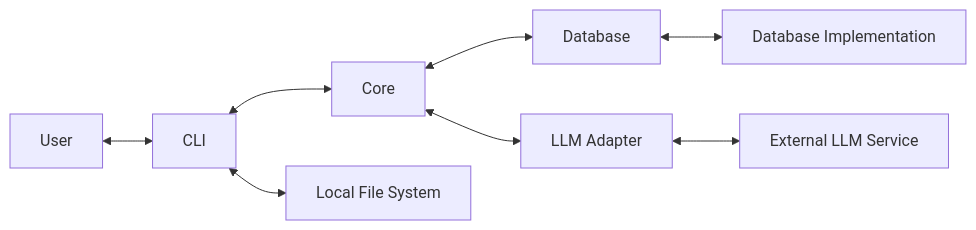
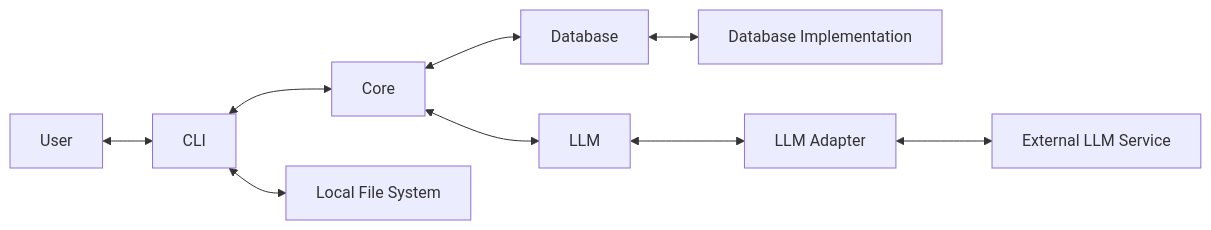
The diagram in docs/architecture.md (DelgadoArlee/cv-brewer), drawn with Mermaid before and after one commit. The commit also changed other lines of this file and 184 other files, not shown here.

````diff
--- a/docs/architecture.md
+++ b/docs/architecture.md
@@ -47,13 +47,14 @@
 ```mermaid
 flowchart LR
     User[User] <--> CLI[CLI]
     CLI <--> Core[Core]
 
     Core <--> Database[Database]
     Database <--> DBImpl[Database Implementation]
 
-    Core <--> LLMAdapter[LLM Adapter]
-    LLMAdapter <--> LLM[External LLM Service]
+    Core <--> LLM[LLM]
+    LLM <--> LLMAdapter[LLM Adapter]
+    LLMAdapter <--> LLMService[External LLM Service]
 
     CLI <--> FS[Local File System]
 ```
````
